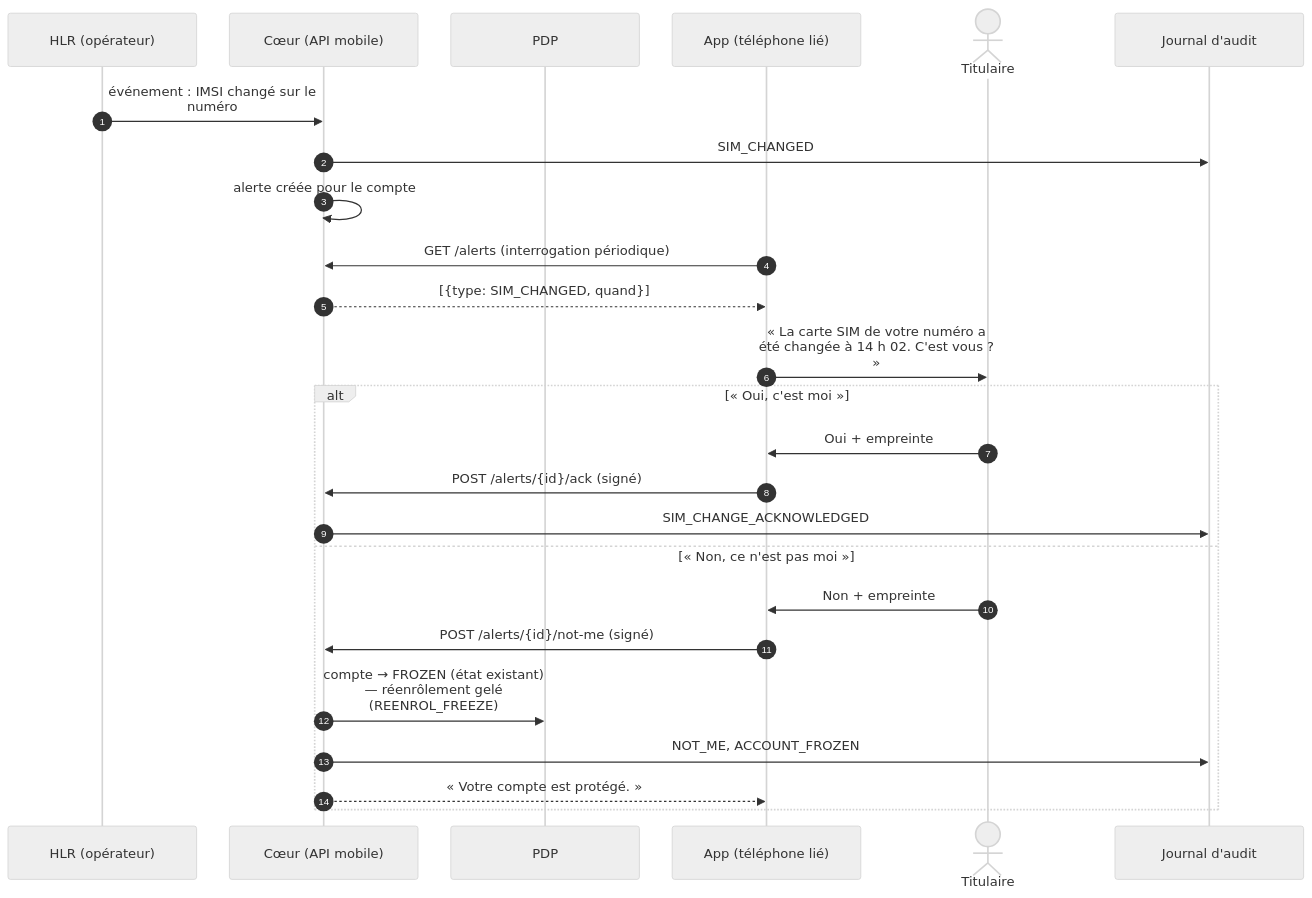
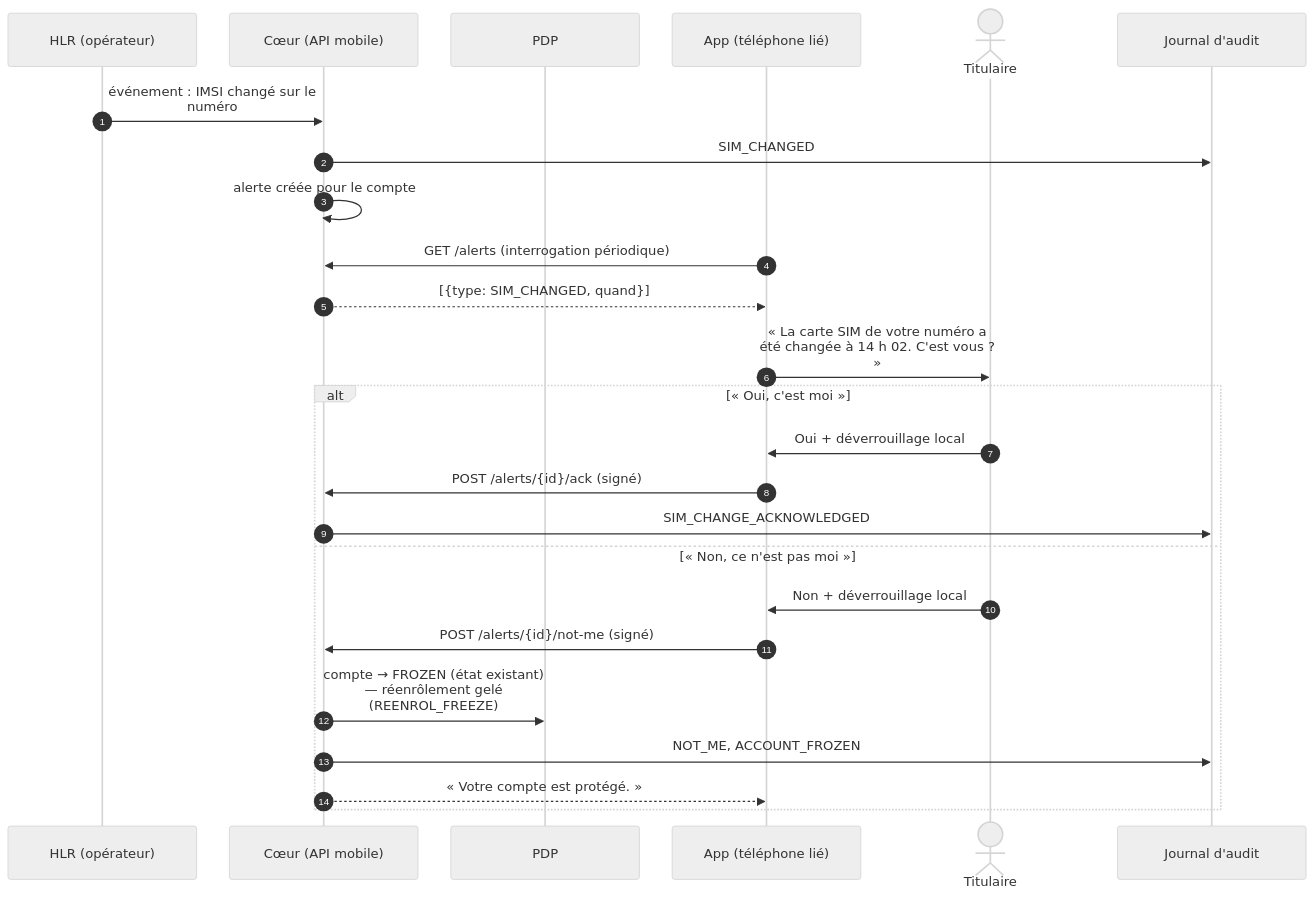
The diagram in docs/02-specifications/mobile/diagrams/D5_alertes.mmd (kateyvana/Identishield-CM), drawn with Mermaid before and after one commit. The commit also changed 12 other files, not shown here.

```diff
--- a/docs/02-specifications/mobile/diagrams/D5_alertes.mmd
+++ b/docs/02-specifications/mobile/diagrams/D5_alertes.mmd
@@ -1,26 +1,26 @@
 %%{init: {'theme':'neutral','sequence':{'wrap':true,'width':230,'messageFontSize':17,'actorFontSize':17,'noteFontSize':16,'actorMargin':40,'messageMargin':30}}}%%
 sequenceDiagram
     autonumber
     participant H as HLR (opérateur)
     participant S as Cœur (API mobile)
     participant P as PDP
     participant A as App (téléphone lié)
     actor U as Titulaire
     participant J as Journal d'audit
     H->>S: événement : IMSI changé sur le numéro
     S->>J: SIM_CHANGED
     S->>S: alerte créée pour le compte
     A->>S: GET /alerts (interrogation périodique)
     S-->>A: [{type: SIM_CHANGED, quand}]
     A->>U: « La carte SIM de votre numéro a été changée à 14 h 02. C'est vous ? »
     alt « Oui, c'est moi »
-        U->>A: Oui + empreinte
+        U->>A: Oui + déverrouillage local
         A->>S: POST /alerts/{id}/ack (signé)
         S->>J: SIM_CHANGE_ACKNOWLEDGED
     else « Non, ce n'est pas moi »
-        U->>A: Non + empreinte
+        U->>A: Non + déverrouillage local
         A->>S: POST /alerts/{id}/not-me (signé)
         S->>P: compte → FROZEN (état existant) — réenrôlement gelé (REENROL_FREEZE)
         S->>J: NOT_ME, ACCOUNT_FROZEN
         S-->>A: « Votre compte est protégé. »
     end
```
